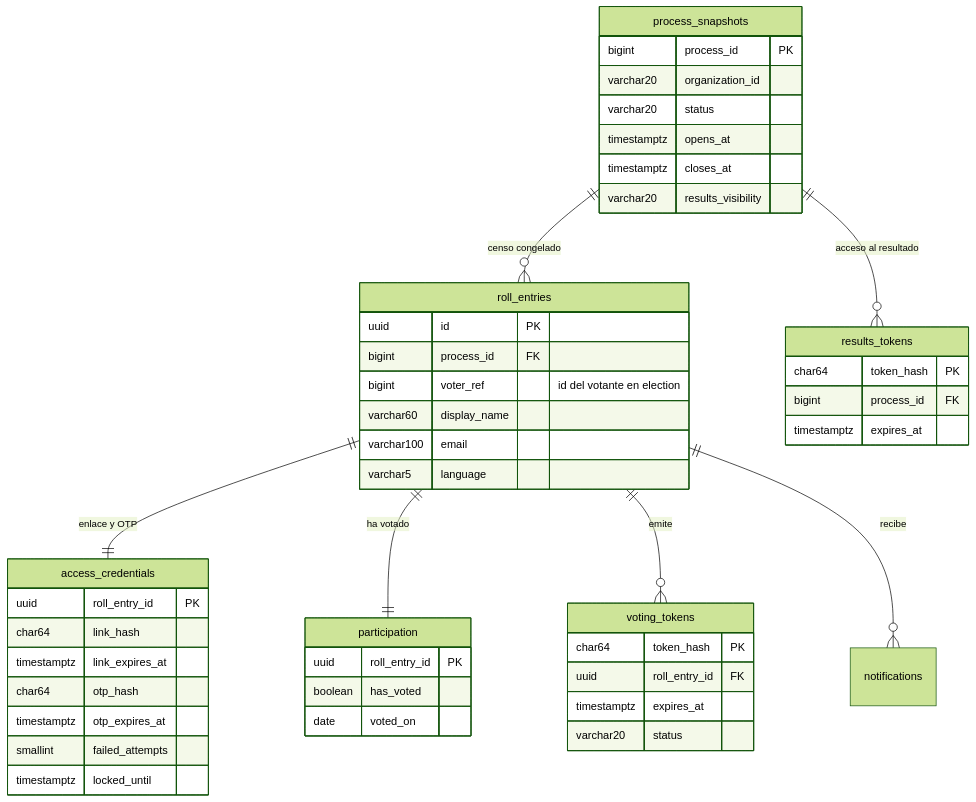
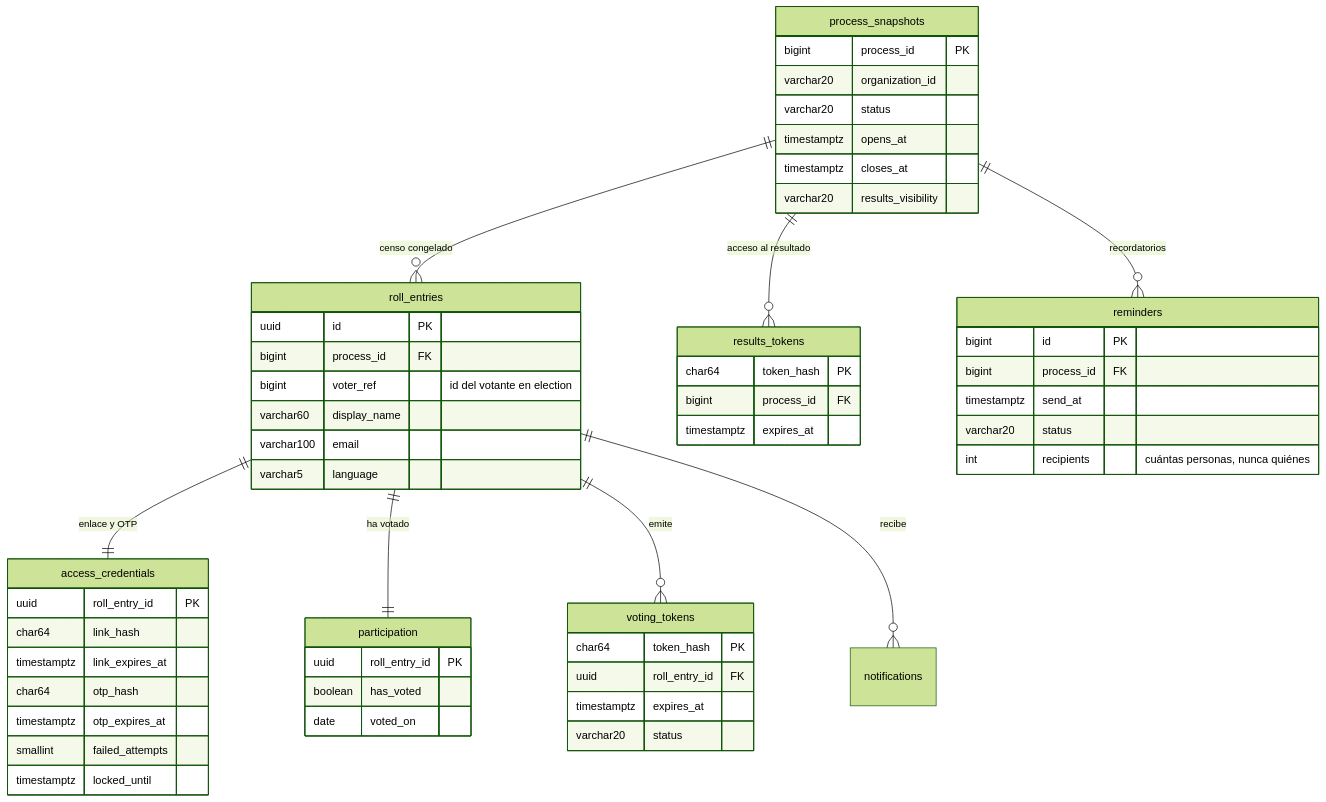
Before and after one commit to saulrampa-ual/saas-digital-voting: the third of 4 diagrams in docs/architecture/data-model.md, drawn with Mermaid (forest theme). The commit also changed other lines of this file and 61 other files, not shown here.

````diff
--- a/docs/architecture/data-model.md
+++ b/docs/architecture/data-model.md
@@ -139,50 +139,58 @@
 ```mermaid
 erDiagram
     process_snapshots ||--o{ roll_entries : "censo congelado"
     roll_entries ||--|| access_credentials : "enlace y OTP"
     roll_entries ||--|| participation : "ha votado"
     roll_entries ||--o{ voting_tokens : "emite"
     roll_entries ||--o{ notifications : "recibe"
     process_snapshots ||--o{ results_tokens : "acceso al resultado"
+    process_snapshots ||--o{ reminders : "recordatorios"
     process_snapshots {
         bigint process_id PK
         varchar20 organization_id
         varchar20 status
         timestamptz opens_at
         timestamptz closes_at
         varchar20 results_visibility
     }
     roll_entries {
         uuid id PK
         bigint process_id FK
         bigint voter_ref "id del votante en election"
         varchar60 display_name
         varchar100 email
         varchar5 language
     }
     access_credentials {
         uuid roll_entry_id PK
         char64 link_hash
         timestamptz link_expires_at
         char64 otp_hash
         timestamptz otp_expires_at
         smallint failed_attempts
         timestamptz locked_until
     }
     participation {
         uuid roll_entry_id PK
         boolean has_voted
         date voted_on
     }
     voting_tokens {
         char64 token_hash PK
         uuid roll_entry_id FK
         timestamptz expires_at
         varchar20 status
     }
     results_tokens {
         char64 token_hash PK
         bigint process_id FK
         timestamptz expires_at
     }
+    reminders {
+        bigint id PK
+        bigint process_id FK
+        timestamptz send_at
+        varchar20 status
+        int recipients "cuántas personas, nunca quiénes"
+    }
 ```
````
